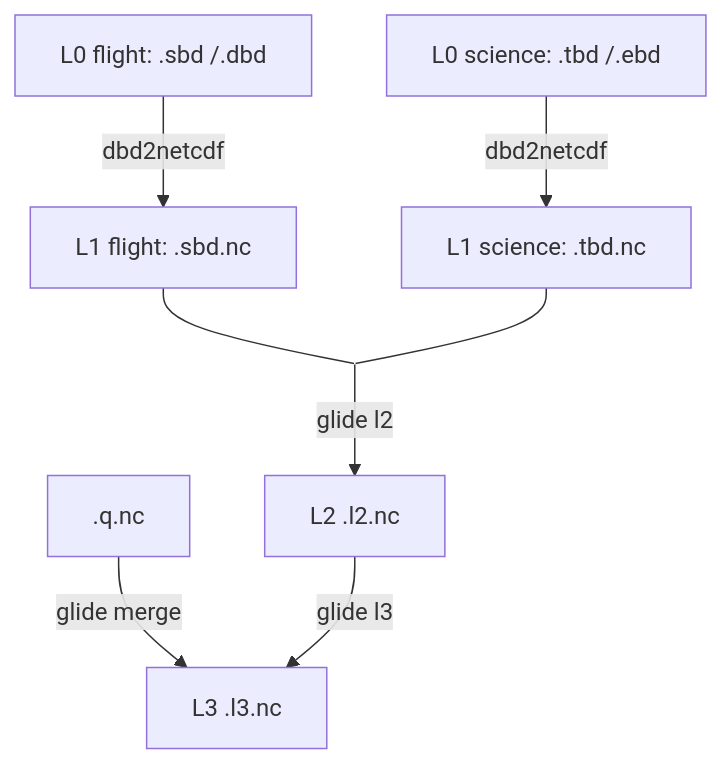
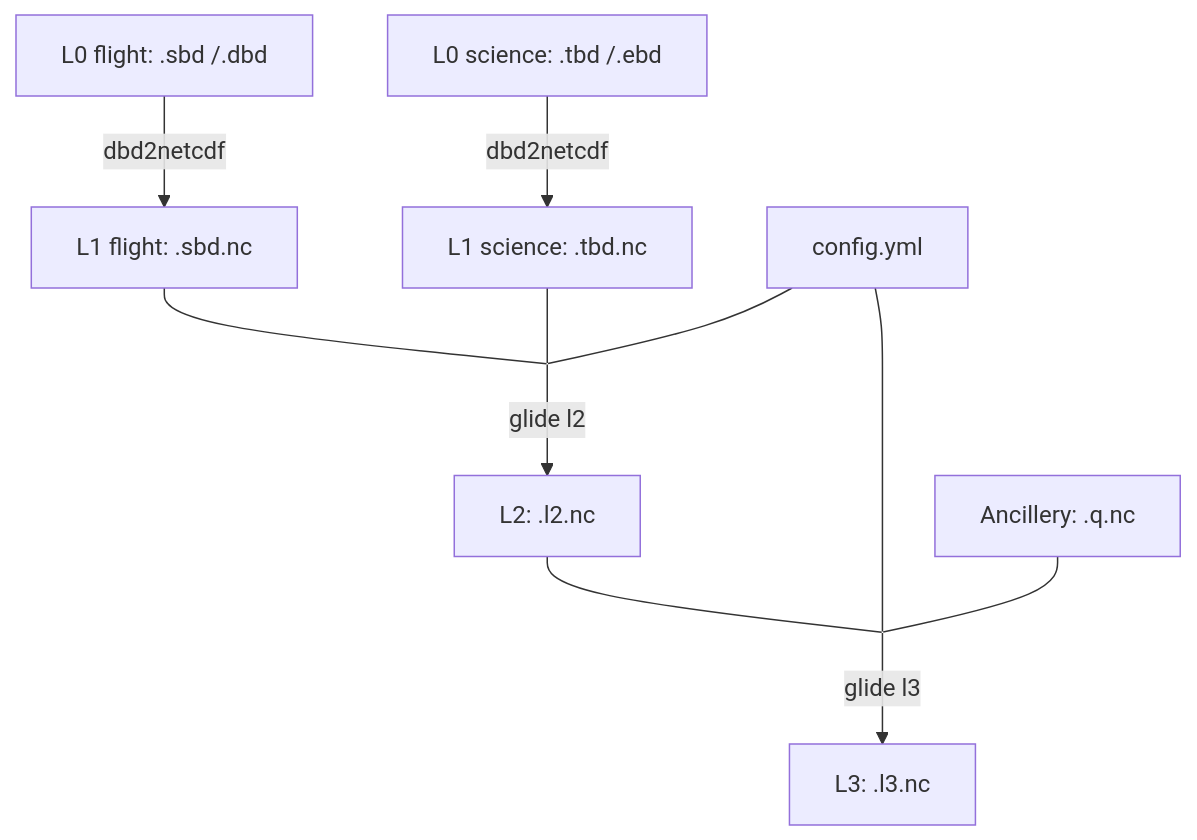
The diagram in README.md (OSUGliders/glide), drawn with Mermaid before and after one commit. The commit also changed other lines of this file, not shown here.

````diff
--- a/README.md
+++ b/README.md
@@ -34,12 +28,15 @@
 ```mermaid
 flowchart TD;
     sbd[L0 flight: .sbd /.dbd] -->|dbd2netcdf| l1sbd[L1 flight: .sbd.nc];
     tbd[L0 science: .tbd /.ebd] -->|dbd2netcdf| l1tbd[L1 science: .tbd.nc];
     l1sbd --- C[ ]:::empty;
     l1tbd --- C;
-    C -->|glide l2| l2[L2 .l2.nc];
-    q[.q.nc] -->|glide merge| l3;
-    l2 -->|glide l3| l3[L3 .l3.nc];
+    config[config.yml] --- C;
+    C -->|glide l2| l2[L2: .l2.nc];
+    l2 --- D[ ]:::empty;
+    config --- D;
+    q[Ancillery: .q.nc] --- D;
+    D -->|glide l3| l3[L3: .l3.nc];
     
 classDef empty fill:none,stroke:none,color:transparent,width:1px,height:1px;
 ```
````
